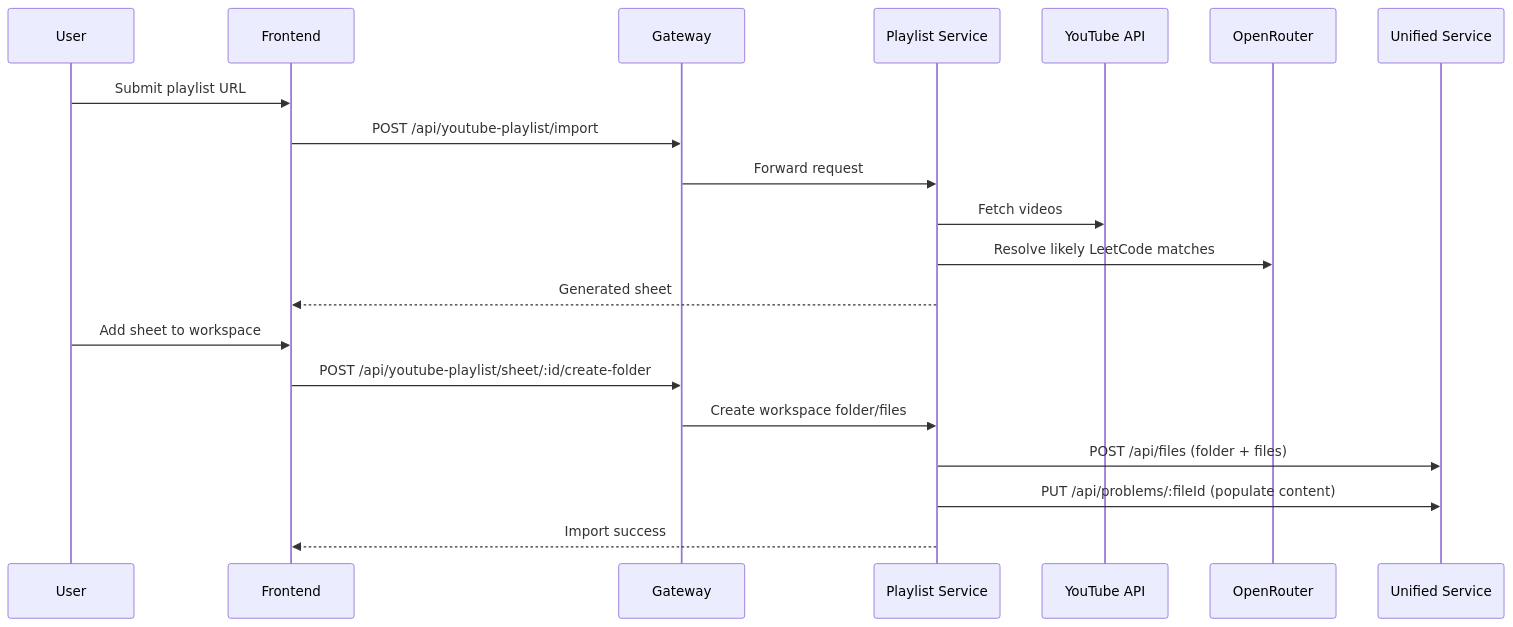
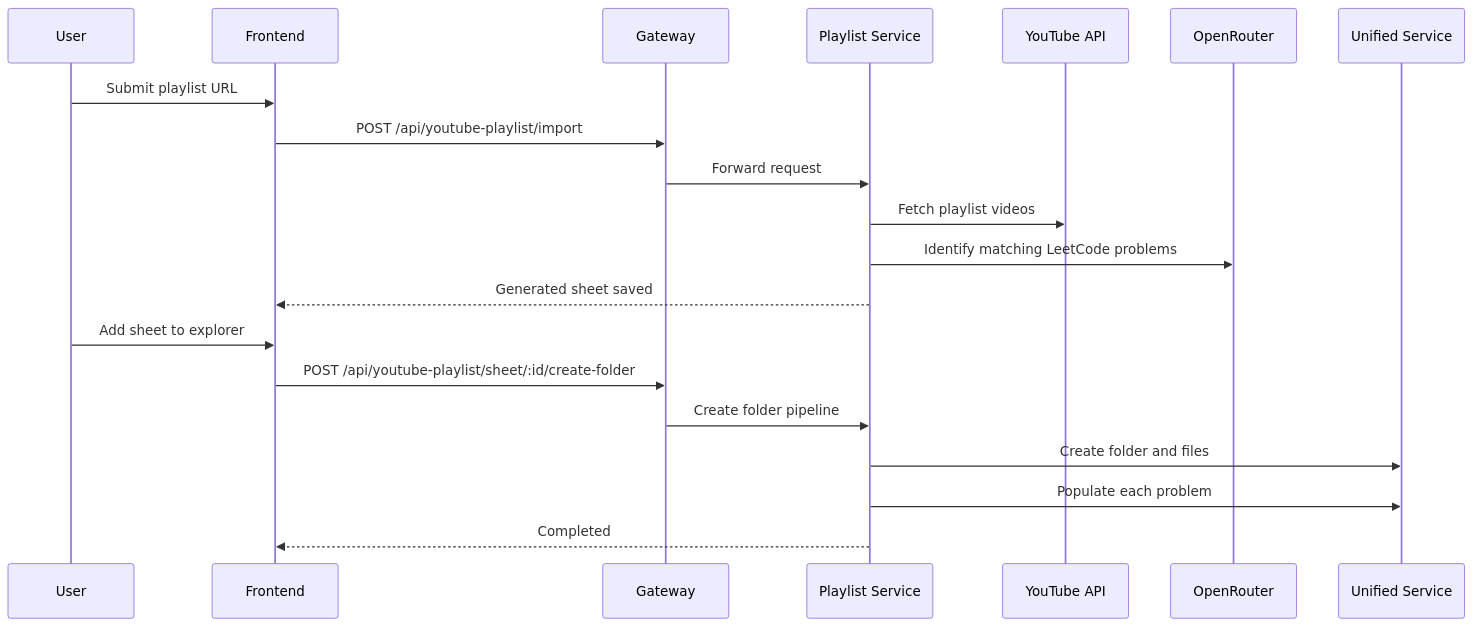
Before and after one commit to nitishkumarkushwaha21/new-demo-repo: the fourth of 5 diagrams in README.md, drawn with Mermaid. The commit also changed other lines of this file, not shown here.

Commit message:
docs: revamp README with product overview and architecture diagrams

````diff
--- a/README.md
+++ b/README.md
@@ -128,24 +149,24 @@
 ```mermaid
 sequenceDiagram
     participant U as User
     participant FE as Frontend
     participant GW as Gateway
     participant YS as Playlist Service
     participant YT as YouTube API
     participant OR as OpenRouter
     participant US as Unified Service
 
     U->>FE: Submit playlist URL
     FE->>GW: POST /api/youtube-playlist/import
     GW->>YS: Forward request
-    YS->>YT: Fetch videos
-    YS->>OR: Resolve likely LeetCode matches
-    YS-->>FE: Generated sheet
+    YS->>YT: Fetch playlist videos
+    YS->>OR: Identify matching LeetCode problems
+    YS-->>FE: Generated sheet saved
 
-    U->>FE: Add sheet to workspace
+    U->>FE: Add sheet to explorer
     FE->>GW: POST /api/youtube-playlist/sheet/:id/create-folder
-    GW->>YS: Create workspace folder/files
-    YS->>US: POST /api/files (folder + files)
-    YS->>US: PUT /api/problems/:fileId (populate content)
-    YS-->>FE: Import success
+    GW->>YS: Create folder pipeline
+    YS->>US: Create folder and files
+    YS->>US: Populate each problem
+    YS-->>FE: Completed
 ```
````
